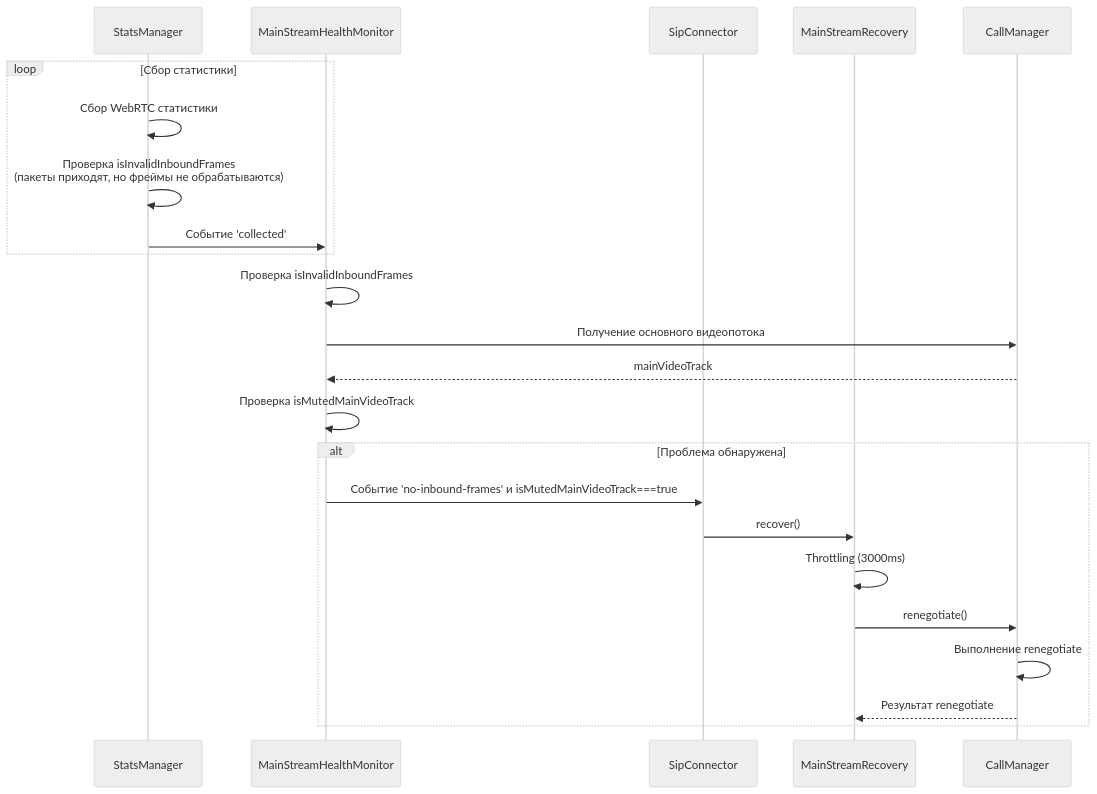
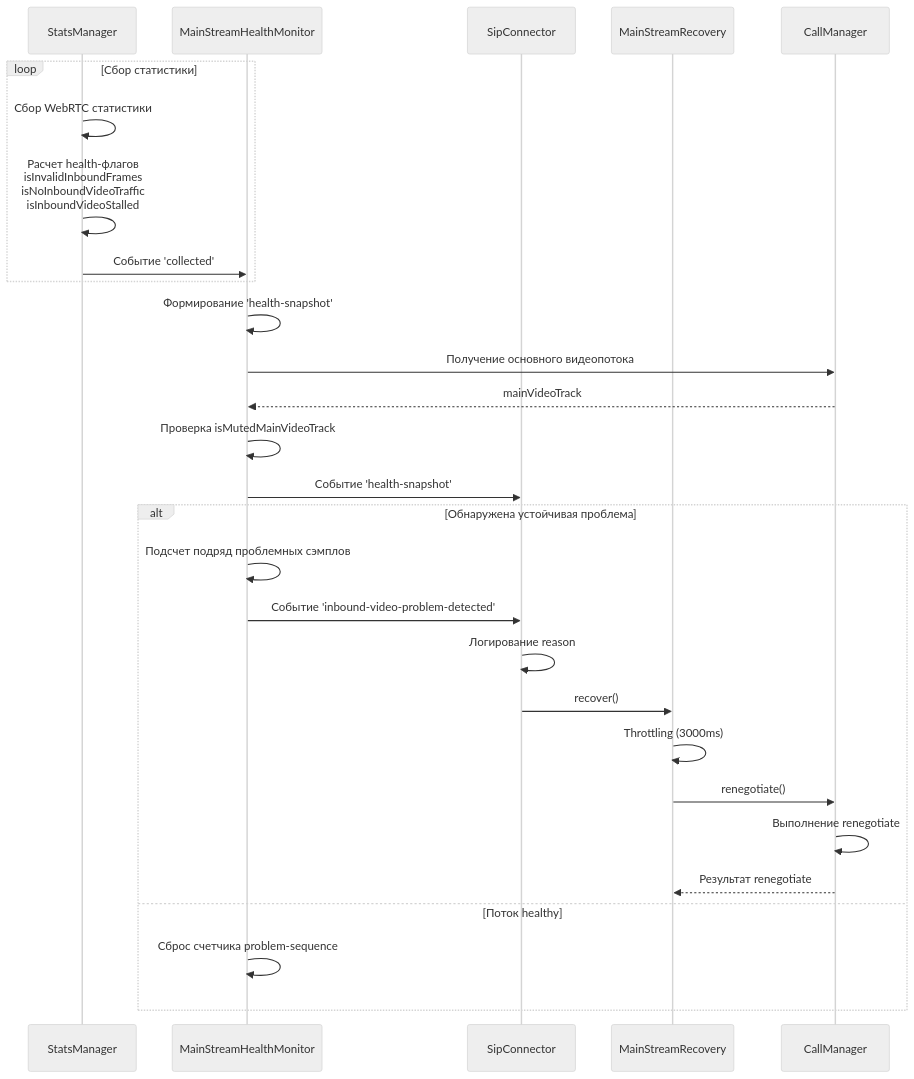
One commit to Krivega/sip-connector changed the diagram in docs/main-stream-monitoring-and-recovery-diagram.md. Above: the diagram before and after it, drawn with Mermaid (neutral theme). The commit also changed other lines of this file and 10 other files, not shown here.

Commit message:
feat: enhance MainStreamHealthMonitor with health snapshot and problem detection

````diff
--- a/docs/main-stream-monitoring-and-recovery-diagram.md
+++ b/docs/main-stream-monitoring-and-recovery-diagram.md
@@ -5,28 +5,33 @@
 ```mermaid
 sequenceDiagram
     participant StatsManager
     participant MainStreamHealthMonitor
     participant SipConnector
     participant MainStreamRecovery
     participant CallManager
 
     loop Сбор статистики
         StatsManager->>StatsManager: Сбор WebRTC статистики
-        StatsManager->>StatsManager: Проверка isInvalidInboundFrames<br/>(пакеты приходят, но фреймы не обрабатываются)
+        StatsManager->>StatsManager: Расчет health-флагов<br/>isInvalidInboundFrames<br/>isNoInboundVideoTraffic<br/>isInboundVideoStalled
         StatsManager->>MainStreamHealthMonitor: Событие 'collected'
     end
 
-    MainStreamHealthMonitor->>MainStreamHealthMonitor: Проверка isInvalidInboundFrames
+    MainStreamHealthMonitor->>MainStreamHealthMonitor: Формирование 'health-snapshot'
     MainStreamHealthMonitor->>CallManager: Получение основного видеопотока
     CallManager-->>MainStreamHealthMonitor: mainVideoTrack
     MainStreamHealthMonitor->>MainStreamHealthMonitor: Проверка isMutedMainVideoTrack
+    MainStreamHealthMonitor->>SipConnector: Событие 'health-snapshot'
 
-    alt Проблема обнаружена
-        MainStreamHealthMonitor->>SipConnector: Событие 'no-inbound-frames' и isMutedMainVideoTrack===true
+    alt Обнаружена устойчивая проблема
+        MainStreamHealthMonitor->>MainStreamHealthMonitor: Подсчет подряд проблемных сэмплов
+        MainStreamHealthMonitor->>SipConnector: Событие 'inbound-video-problem-detected'
+        SipConnector->>SipConnector: Логирование reason
         SipConnector->>MainStreamRecovery: recover()
         MainStreamRecovery->>MainStreamRecovery: Throttling (3000ms)
         MainStreamRecovery->>CallManager: renegotiate()
         CallManager->>CallManager: Выполнение renegotiate
         CallManager-->>MainStreamRecovery: Результат renegotiate
+    else Поток healthy
+        MainStreamHealthMonitor->>MainStreamHealthMonitor: Сброс счетчика problem-sequence
     end
 ```
````
